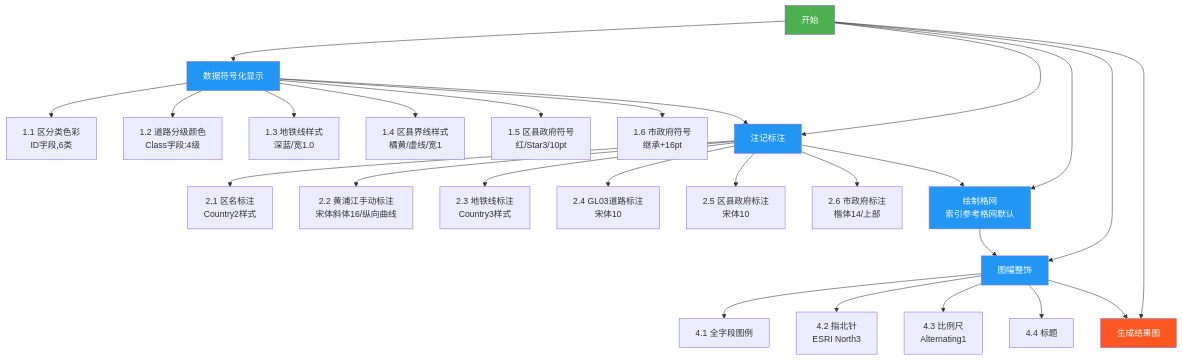
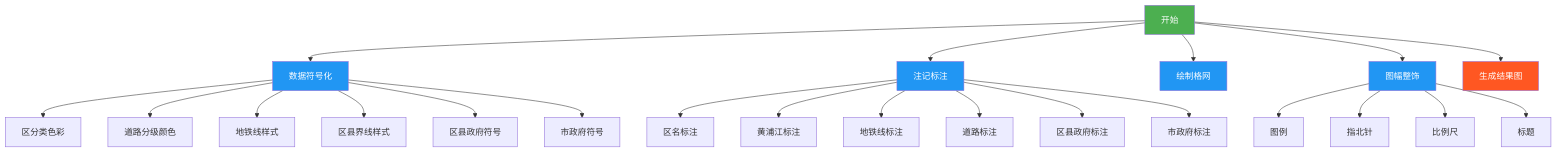
Before and after one commit to newguser/iodraw-files: the diagram in all/未命名.md, drawn with Mermaid.

Commit message:
2025-02-27 10:27:21 update

````diff
--- a/all/未命名.md
+++ b/all/未命名.md
@@ -1,39 +1,32 @@
 ```mermaid
 graph TD
-    A[开始] --> B[数据符号化显示]
-    B --> B1[1.1 区分类色彩<br>ID字段,6类]
-    B --> B2[1.2 道路分级颜色<br>Class字段:4级]
-    B --> B3[1.3 地铁线样式<br>深蓝/宽1.0]
-    B --> B4[1.4 区县界线样式<br>橘黄/虚线/宽1]
-    B --> B5[1.5 区县政府符号<br>红/Star3/10pt]
-    B --> B6[1.6 市政府符号<br>继承+16pt]
-    
+    A[开始] --> B[数据符号化]
+    B --> B1[区分类色彩]
+    B --> B2[道路分级颜色]
+    B --> B3[地铁线样式]
+    B --> B4[区县界线样式]
+    B --> B5[区县政府符号]
+    B --> B6[市政府符号]
+
     A --> C[注记标注]
-    C --> C1[2.1 区名标注<br>Country2样式]
-    C --> C2[2.2 黄浦江手动标注<br>宋体斜体16/纵向曲线]
-    C --> C3[2.3 地铁线标注<br>Country3样式]
-    C --> C4[2.4 GL03道路标注<br>宋体10]
-    C --> C5[2.5 区县政府标注<br>宋体10]
-    C --> C6[2.6 市政府标注<br>楷体14/上部]
-    
-    A --> D[绘制格网<br>索引参考格网默认]
-    
+    C --> C1[区名标注]
+    C --> C2[黄浦江标注]
+    C --> C3[地铁线标注]
+    C --> C4[道路标注]
+    C --> C5[区县政府标注]
+    C --> C6[市政府标注]
+
+    A --> D[绘制格网]
     A --> E[图幅整饰]
-    E --> E1[4.1 全字段图例]
-    E --> E2[4.2 指北针<br>ESRI North3]
-    E --> E3[4.3 比例尺<br>Alternating1]
-    E --> E4[4.4 标题]
-    
+    E --> E1[图例]
+    E --> E2[指北针]
+    E --> E3[比例尺]
+    E --> E4[标题]
+
     A --> F[生成结果图]
-    
-    %% 流程顺序
-    B --> C
-    C --> D
-    D --> E
-    E --> F
-    
+
     style A fill:#4CAF50,color:white
     style F fill:#FF5722,color:white
     classDef process fill:#2196F3,color:white;
     class B,C,D,E process
 ```
````
